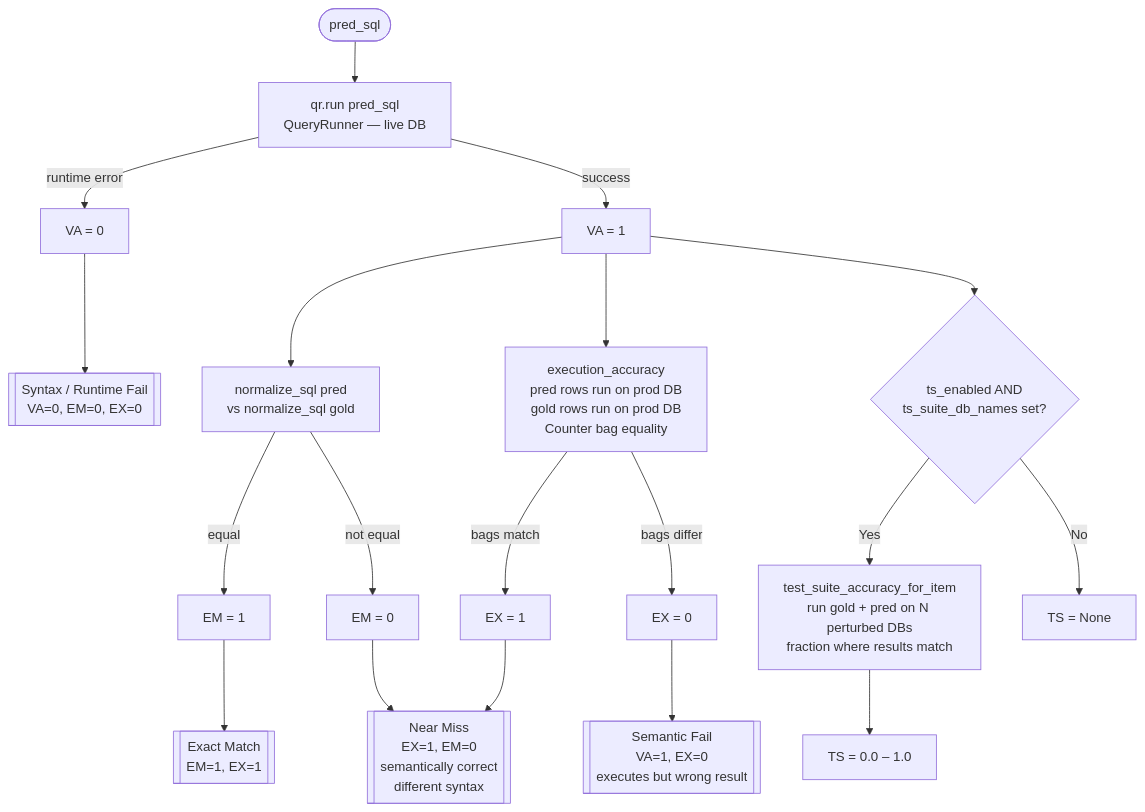
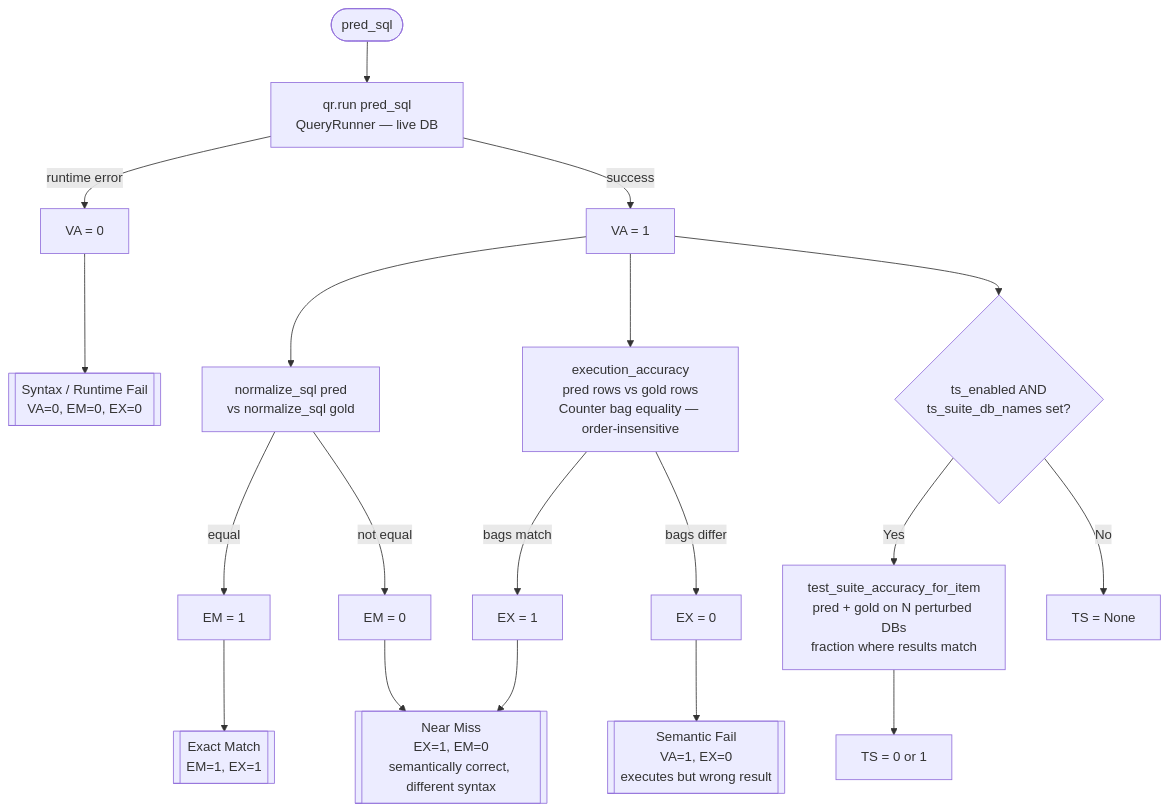
Before and after one commit to MacKenzieOBrian/NLtoSQL: the fifth of 6 diagrams in diagrams.md, drawn with Mermaid. The commit also changed other lines of this file and 5 other files, not shown here.

Commit message:
docs: update Mermaid diagrams and notebook annotations for dissertation

````diff
--- a/diagrams.md
+++ b/diagrams.md
@@ -203,26 +210,26 @@
 ```mermaid
 flowchart TD
     SQL([pred_sql]) --> RUN[qr.run pred_sql\nQueryRunner — live DB]
 
     RUN -- runtime error --> VA0[VA = 0]
     VA0 --> FAIL1[[Syntax / Runtime Fail\nVA=0, EM=0, EX=0]]
 
     RUN -- success --> VA1[VA = 1]
 
     VA1 --> NRM[normalize_sql pred\nvs normalize_sql gold]
     NRM -- equal --> EM1[EM = 1]
     NRM -- not equal --> EM0[EM = 0]
 
-    VA1 --> EXC[execution_accuracy\npred rows run on prod DB\ngold rows run on prod DB\nCounter bag equality]
+    VA1 --> EXC[execution_accuracy\npred rows vs gold rows\nCounter bag equality — order-insensitive]
     EXC -- bags match --> EX1[EX = 1]
     EXC -- bags differ --> EX0[EX = 0]
 
     EM1 --> EXACT[[Exact Match\nEM=1, EX=1]]
-    EX1 & EM0 --> NEAR[[Near Miss\nEX=1, EM=0\nsemantically correct\ndifferent syntax]]
+    EX1 & EM0 --> NEAR[[Near Miss\nEX=1, EM=0\nsemantically correct, different syntax]]
     EX0 --> SEMFAIL[[Semantic Fail\nVA=1, EX=0\nexecutes but wrong result]]
 
     VA1 --> TSCOND{ts_enabled AND\nts_suite_db_names set?}
-    TSCOND -- Yes --> TSRUN[test_suite_accuracy_for_item\nrun gold + pred on N perturbed DBs\nfraction where results match]
+    TSCOND -- Yes --> TSRUN[test_suite_accuracy_for_item\npred + gold on N perturbed DBs\nfraction where results match]
     TSCOND -- No --> TSNONE[TS = None]
-    TSRUN --> TSVAL[TS = 0.0 – 1.0]
+    TSRUN --> TSVAL[TS = 0 or 1]
 ```
````
